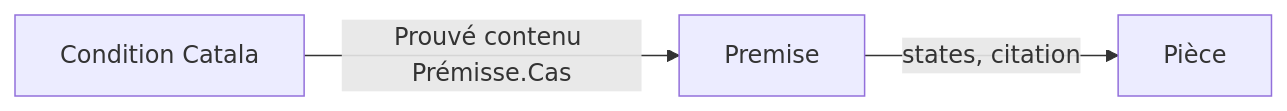
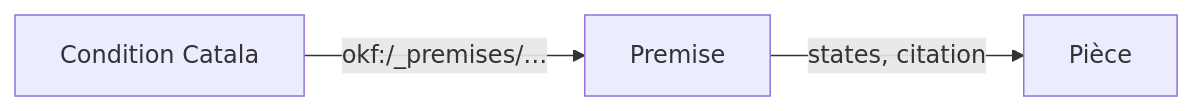
One commit to PieceMaker-Legal/piecemaker-droit-francais changed the diagram in docs/okf.md. Above: the diagram before and after it, drawn with Mermaid. The commit also changed other lines of this file and 22 other files, not shown here.

````diff
--- a/docs/okf.md
+++ b/docs/okf.md
@@ -88,5 +88,5 @@
 ```mermaid
 flowchart LR
-  C[Condition Catala] -->|"Prouvé contenu Prémisse.Cas"| P[Premise]
+  C[Condition Catala] -->|"okf:/_premises/…"| P[Premise]
   P -->|states, citation| D[Pièce]
 ```
````
